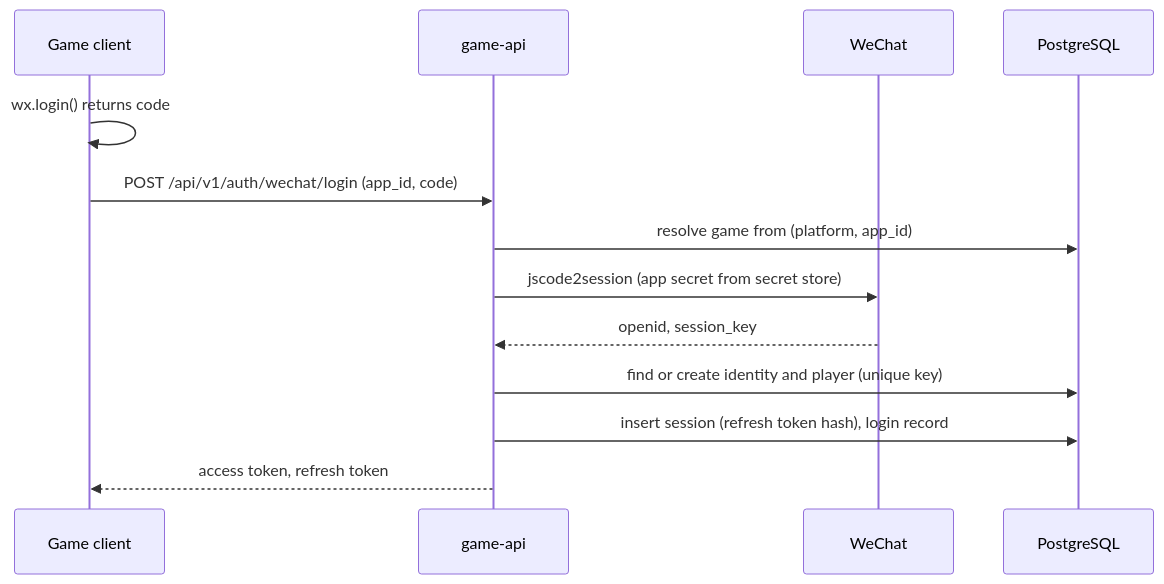
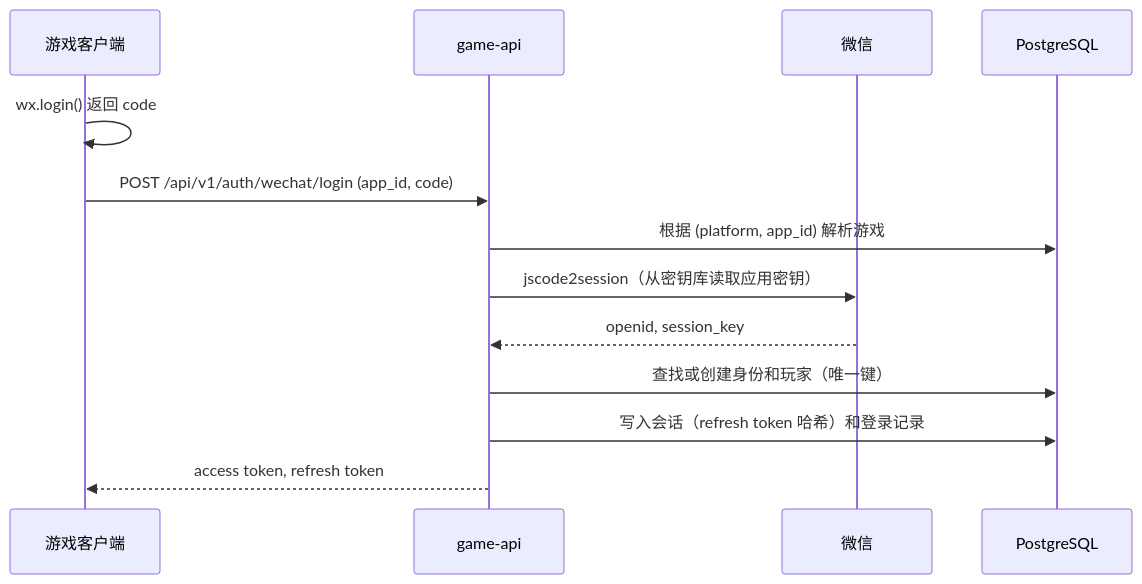
The second of 3 diagrams in docs/architecture/system-architecture.md (Sakuya1998/game-platform), drawn with Mermaid before and after one commit. The commit also changed other lines of this file and 35 other files, not shown here.

````diff
--- a/docs/architecture/system-architecture.md
+++ b/docs/architecture/system-architecture.md
@@ -70,15 +70,15 @@
 ```mermaid
 sequenceDiagram
-  participant C as Game client
+  participant C as 游戏客户端
   participant A as game-api
-  participant W as WeChat
+  participant W as 微信
   participant D as PostgreSQL
-  C->>C: wx.login() returns code
+  C->>C: wx.login() 返回 code
   C->>A: POST /api/v1/auth/wechat/login (app_id, code)
-  A->>D: resolve game from (platform, app_id)
-  A->>W: jscode2session (app secret from secret store)
+  A->>D: 根据 (platform, app_id) 解析游戏
+  A->>W: jscode2session（从密钥库读取应用密钥）
   W-->>A: openid, session_key
-  A->>D: find or create identity and player (unique key)
-  A->>D: insert session (refresh token hash), login record
+  A->>D: 查找或创建身份和玩家（唯一键）
+  A->>D: 写入会话（refresh token 哈希）和登录记录
   A-->>C: access token, refresh token
 ```
````
